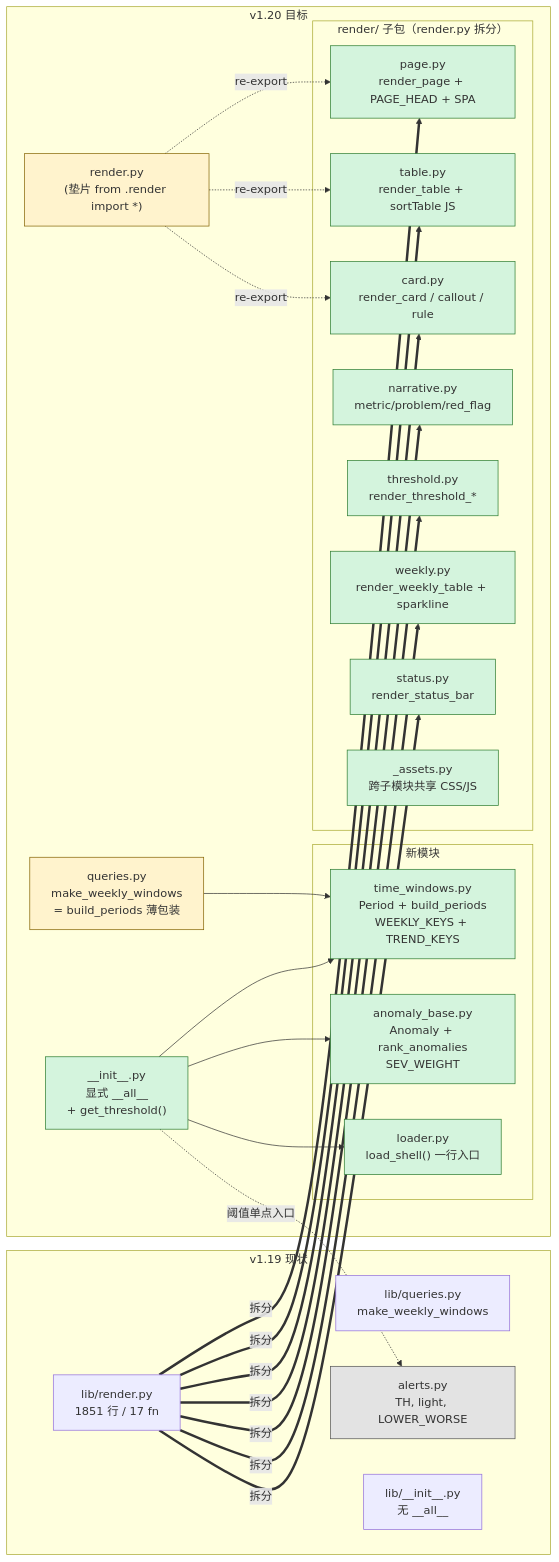
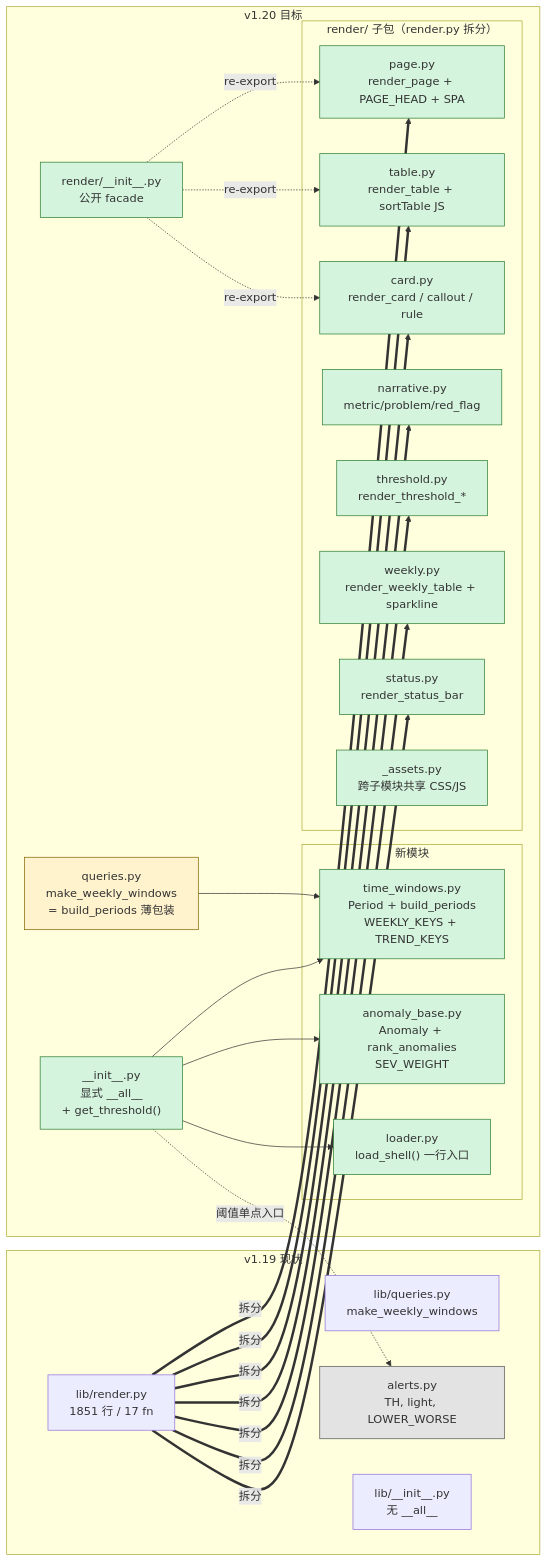
One commit to alongor666/chexian-api changed the diagram in 开发文档/refactor-plans/chexian-report-shell-v1.20.md. Above: the diagram before and after it, drawn with Mermaid. The commit also changed other lines of this file, not shown here.

Commit message:
docs(refactor-plan): fix shell import and render split guidance

````diff
--- a/开发文档/refactor-plans/chexian-report-shell-v1.20.md
+++ b/开发文档/refactor-plans/chexian-report-shell-v1.20.md
@@ -24,56 +24,56 @@
 ```mermaid
 graph LR
   subgraph "v1.19 现状"
     R0["lib/render.py<br/>1851 行 / 17 fn"]
     Q0["lib/queries.py<br/>make_weekly_windows"]
     A0["alerts.py<br/>TH, light, LOWER_WORSE"]
     INIT0["lib/__init__.py<br/>无 __all__"]
   end
 
   subgraph "v1.20 目标"
     subgraph "新模块"
       TW["time_windows.py<br/>Period + build_periods<br/>WEEKLY_KEYS + TREND_KEYS"]
       AB["anomaly_base.py<br/>Anomaly + rank_anomalies<br/>SEV_WEIGHT"]
       LD["loader.py<br/>load_shell() 一行入口"]
     end
 
     subgraph "render/ 子包（render.py 拆分）"
       RP["page.py<br/>render_page + PAGE_HEAD + SPA"]
       RT["table.py<br/>render_table + sortTable JS"]
       RC["card.py<br/>render_card / callout / rule"]
       RN["narrative.py<br/>metric/problem/red_flag"]
       RTH["threshold.py<br/>render_threshold_*"]
       RW["weekly.py<br/>render_weekly_table + sparkline"]
       RS["status.py<br/>render_status_bar"]
       RA["_assets.py<br/>跨子模块共享 CSS/JS"]
     end
 
-    SHIM["render.py<br/>(垫片 from .render import *)"]
+    RFACADE["render/__init__.py<br/>公开 facade"]
     INIT["__init__.py<br/>显式 __all__<br/>+ get_threshold()"]
     Q["queries.py<br/>make_weekly_windows<br/>= build_periods 薄包装"]
 
-    SHIM -.re-export.-> RP
-    SHIM -.re-export.-> RT
-    SHIM -.re-export.-> RC
+    RFACADE -.re-export.-> RP
+    RFACADE -.re-export.-> RT
+    RFACADE -.re-export.-> RC
     INIT --> TW
     INIT --> AB
     INIT --> LD
     INIT -.阈值单点入口.-> A0
     Q --> TW
   end
 
   R0 ==拆分==> RP
   R0 ==拆分==> RT
   R0 ==拆分==> RC
   R0 ==拆分==> RN
   R0 ==拆分==> RTH
   R0 ==拆分==> RW
   R0 ==拆分==> RS
 
   classDef new fill:#d4f4dd,stroke:#2e7d32
   classDef shim fill:#fff3cd,stroke:#856404
   classDef untouched fill:#e3e3e3,stroke:#555
-  class TW,AB,LD,RP,RT,RC,RN,RTH,RW,RS,RA,INIT new
-  class SHIM,Q shim
+  class TW,AB,LD,RP,RT,RC,RN,RTH,RW,RS,RA,RFACADE,INIT new
+  class Q shim
   class A0 untouched
 ```
````
